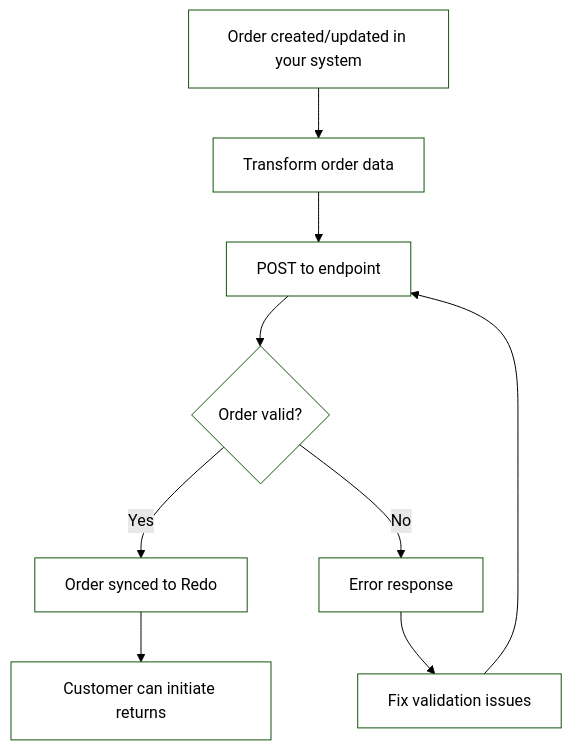
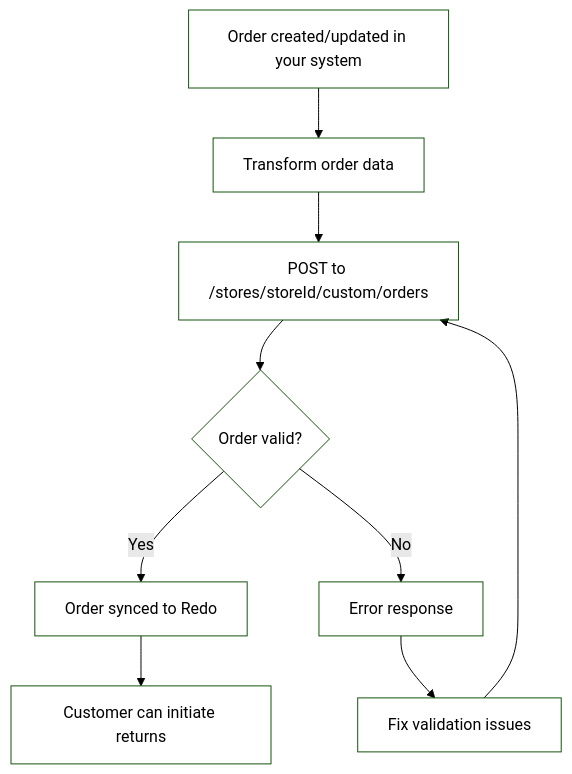
The diagram in redo/docs/guides/integrations/custom-returns-integration.mdx (redoapp/redo-dev), drawn with Mermaid (forest theme) before and after one commit. The commit also changed other lines of this file, not shown here.

First line of the commit message:
docs: add endpoint URL and details to custom returns integration guide

````diff
--- a/redo/docs/guides/integrations/custom-returns-integration.mdx
+++ b/redo/docs/guides/integrations/custom-returns-integration.mdx
@@ -30,14 +30,14 @@
 ```mermaid
 flowchart TD
     A[Order created/updated in your system] --> B[Transform order data]
-    B --> C[POST to endpoint]
+    B --> C[POST to /stores/storeId/custom/orders]
     C --> D{Order valid?}
     D -->|Yes| E[Order synced to Redo]
     D -->|No| F[Error response]
     F --> G[Fix validation issues]
     G --> C
     E --> H[Customer can initiate returns]
 
     classDef transparent fill:transparent
     class A,B,C,D,E,F,G,H transparent
 ```
````
